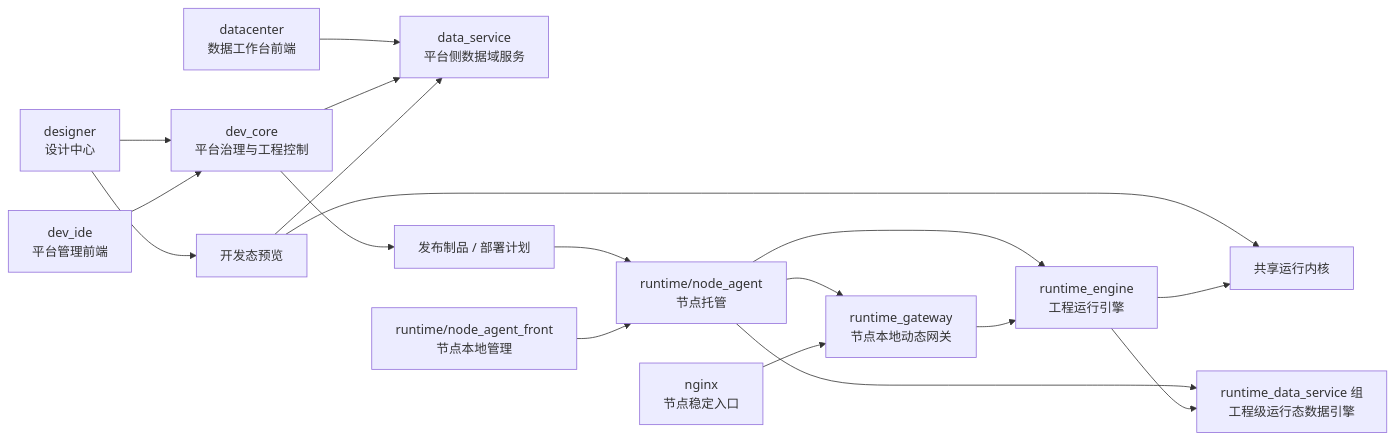
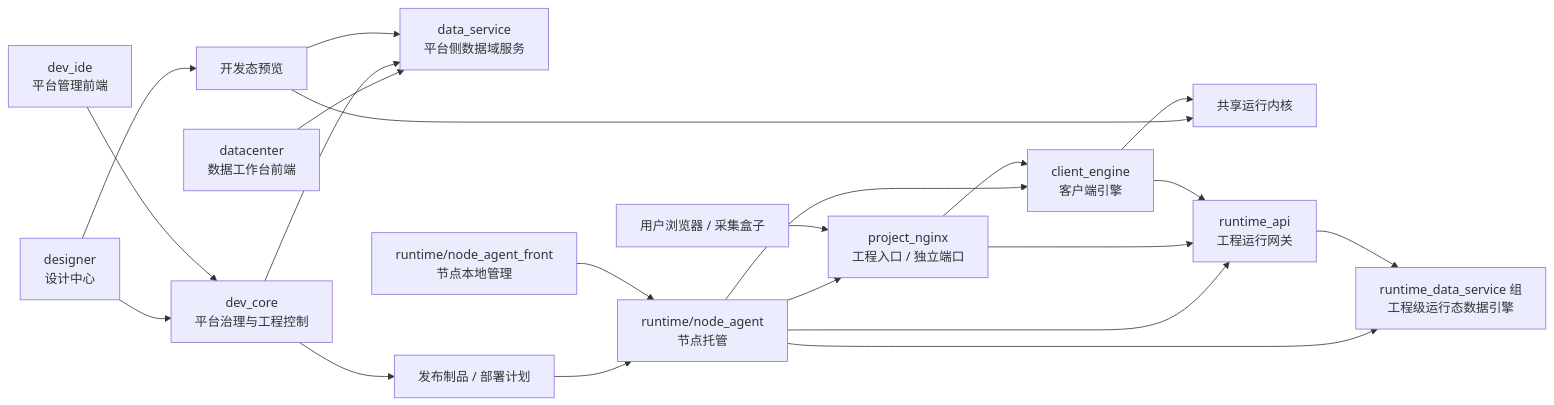
One commit to hsworld-top/InduForge changed the diagram in docs/高层设计.md. Above: the diagram before and after it, drawn with Mermaid. The commit also changed other lines of this file and 16 other files, not shown here.

````diff
--- a/docs/高层设计.md
+++ b/docs/高层设计.md
@@ -19,21 +19,24 @@
 ```mermaid
 flowchart LR
   Designer["designer<br/>设计中心"] --> DevCore["dev_core<br/>平台治理与工程控制"]
   DevIDE["dev_ide<br/>平台管理前端"] --> DevCore
   DataCenter["datacenter<br/>数据工作台前端"] --> DataService["data_service<br/>平台侧数据域服务"]
   DevCore --> DataService
   Preview["开发态预览"] --> SharedKernel["共享运行内核"]
   Preview --> DataService
   Designer --> Preview
 
   DevCore --> Release["发布制品 / 部署计划"]
   Release --> NodeAgent["runtime/node_agent<br/>节点托管"]
   NodeFront["runtime/node_agent_front<br/>节点本地管理"] --> NodeAgent
-  NodeAgent --> RuntimeGateway["runtime_gateway<br/>节点本地动态网关"]
-  NodeAgent --> RuntimeEngine["runtime_engine<br/>工程运行引擎"]
+  NodeAgent --> ProjectNginx["project_nginx<br/>工程入口 / 独立端口"]
+  NodeAgent --> ClientEngine["client_engine<br/>客户端引擎"]
+  NodeAgent --> RuntimeAPI["runtime_api<br/>工程运行网关"]
   NodeAgent --> RuntimeData["runtime_data_service 组<br/>工程级运行态数据引擎"]
-  Nginx["nginx<br/>节点稳定入口"] --> RuntimeGateway
-  RuntimeGateway --> RuntimeEngine
-  RuntimeEngine --> SharedKernel
-  RuntimeEngine --> RuntimeData
+  External["用户浏览器 / 采集盒子"] --> ProjectNginx
+  ProjectNginx --> ClientEngine
+  ProjectNginx --> RuntimeAPI
+  ClientEngine --> SharedKernel
+  ClientEngine --> RuntimeAPI
+  RuntimeAPI --> RuntimeData
 ```
````
